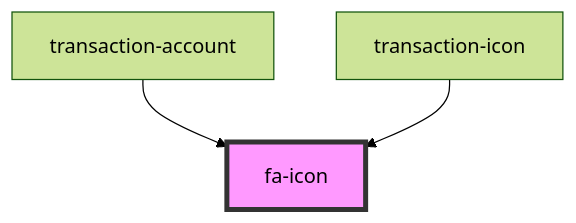
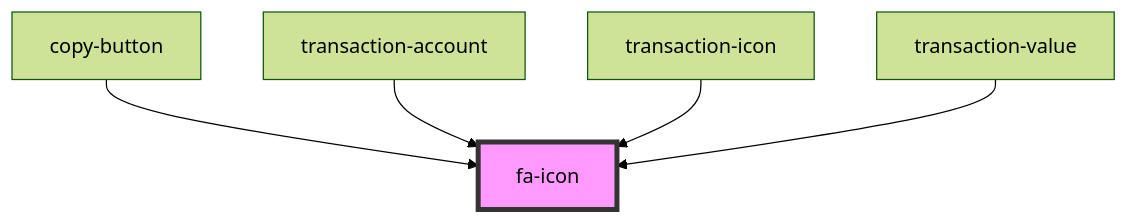
Before and after one commit to multiversx/mx-sdk-dapp-ui: the diagram in src/components/fa-icon/readme.md, drawn with Mermaid (forest theme). The commit also changed other lines of this file and 11 other files, not shown here.

````diff
--- a/src/components/fa-icon/readme.md
+++ b/src/components/fa-icon/readme.md
@@ -25,6 +27,8 @@
 ```mermaid
 graph TD;
+  copy-button --> fa-icon
   transaction-account --> fa-icon
   transaction-icon --> fa-icon
+  transaction-value --> fa-icon
   style fa-icon fill:#f9f,stroke:#333,stroke-width:4px
 ```
````
